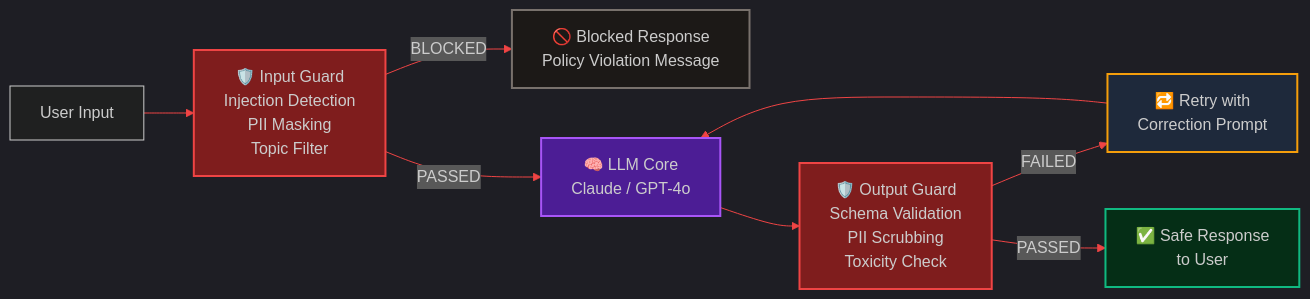
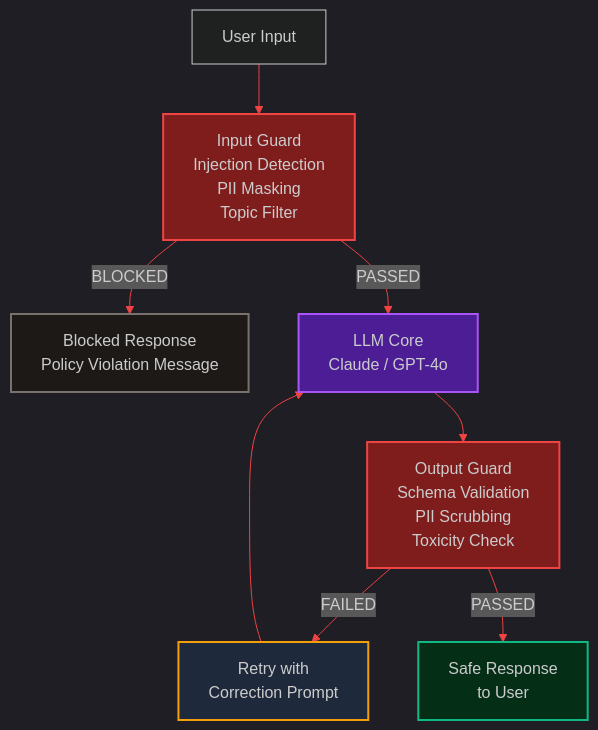
The diagram in blog/posts/guardrails-input-output-validation.md (akmalkhaniub/akmalkhaniub.github.io), drawn with Mermaid before and after one commit. The commit also changed other lines of this file and 411 other files, not shown here.

````diff
--- a/blog/posts/guardrails-input-output-validation.md
+++ b/blog/posts/guardrails-input-output-validation.md
@@ -22,21 +22,21 @@
 ```mermaid
 %%{init: {'theme': 'dark', 'themeVariables': { 'primaryColor': '#ef4444', 'primaryTextColor': '#f3f4f6', 'primaryBorderColor': '#f87171', 'lineColor': '#ef4444', 'secondaryColor': '#111827', 'tertiaryColor': '#0f172a'}}}%%
-flowchart LR
-    U[User Input] --> IG[🛡️ Input Guard<br/>Injection Detection<br/>PII Masking<br/>Topic Filter]
+flowchart TD
+    U[User Input] --> IG[ Input Guard<br/>Injection Detection<br/>PII Masking<br/>Topic Filter]
     
-    IG -->|BLOCKED| BR[🚫 Blocked Response<br/>Policy Violation Message]
-    IG -->|PASSED| LLM[🧠 LLM Core<br/>Claude / GPT-4o]
+    IG -->|BLOCKED| BR[ Blocked Response<br/>Policy Violation Message]
+    IG -->|PASSED| LLM[ LLM Core<br/>Claude / GPT-4o]
     
-    LLM --> OG[🛡️ Output Guard<br/>Schema Validation<br/>PII Scrubbing<br/>Toxicity Check]
+    LLM --> OG[ Output Guard<br/>Schema Validation<br/>PII Scrubbing<br/>Toxicity Check]
     
-    OG -->|FAILED| RE[🔁 Retry with<br/>Correction Prompt]
+    OG -->|FAILED| RE[ Retry with<br/>Correction Prompt]
     RE --> LLM
-    OG -->|PASSED| FO[✅ Safe Response<br/>to User]
+    OG -->|PASSED| FO[ Safe Response<br/>to User]
 
     style IG fill:#7f1d1d,stroke:#ef4444,stroke-width:2px
     style OG fill:#7f1d1d,stroke:#ef4444,stroke-width:2px
     style LLM fill:#4c1d95,stroke:#a855f7,stroke-width:2px
     style BR fill:#1c1917,stroke:#78716c,stroke-width:2px
     style RE fill:#1e293b,stroke:#f59e0b,stroke-width:2px
     style FO fill:#052e16,stroke:#10b981,stroke-width:2px
 ```
````
